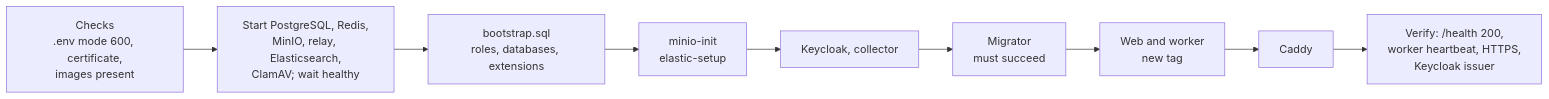
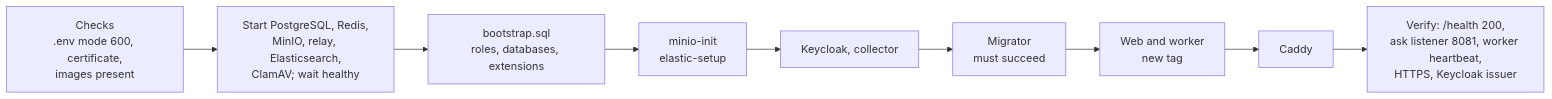
One commit to AhmedAssaf/ERP changed the third of 3 diagrams in docs/19-pilot-runbook.md. Above: the diagram before and after it, drawn with Mermaid. The commit also changed other lines of this file and 16 other files, not shown here.

First line of the commit message:
feat(web): on-demand TLS ask endpoint on an internal listener; pilot Caddy issues tenant certificates on demand (#24)

````diff
--- a/docs/19-pilot-runbook.md
+++ b/docs/19-pilot-runbook.md
@@ -211,11 +244,11 @@
 ```mermaid
 flowchart LR
     A["Checks<br/>.env mode 600, certificate,<br/>images present"] --> B["Start PostgreSQL, Redis,<br/>MinIO, relay, Elasticsearch,<br/>ClamAV; wait healthy"]
     B --> C["bootstrap.sql<br/>roles, databases, extensions"]
     C --> D["minio-init<br/>elastic-setup"]
     D --> E["Keycloak, collector"]
     E --> F["Migrator<br/>must succeed"]
     F --> G["Web and worker<br/>new tag"]
     G --> H["Caddy"]
-    H --> I["Verify: /health 200,<br/>worker heartbeat, HTTPS,<br/>Keycloak issuer"]
+    H --> I["Verify: /health 200,<br/>ask listener 8081, worker heartbeat,<br/>HTTPS, Keycloak issuer"]
 ```
````
